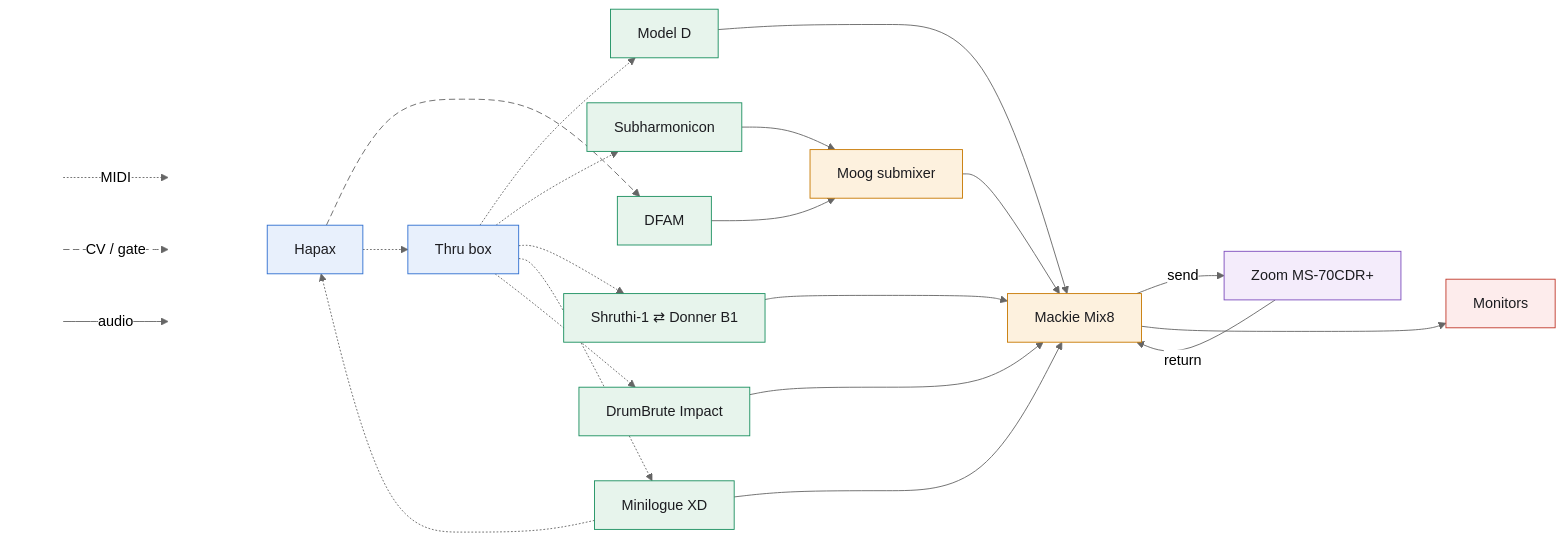
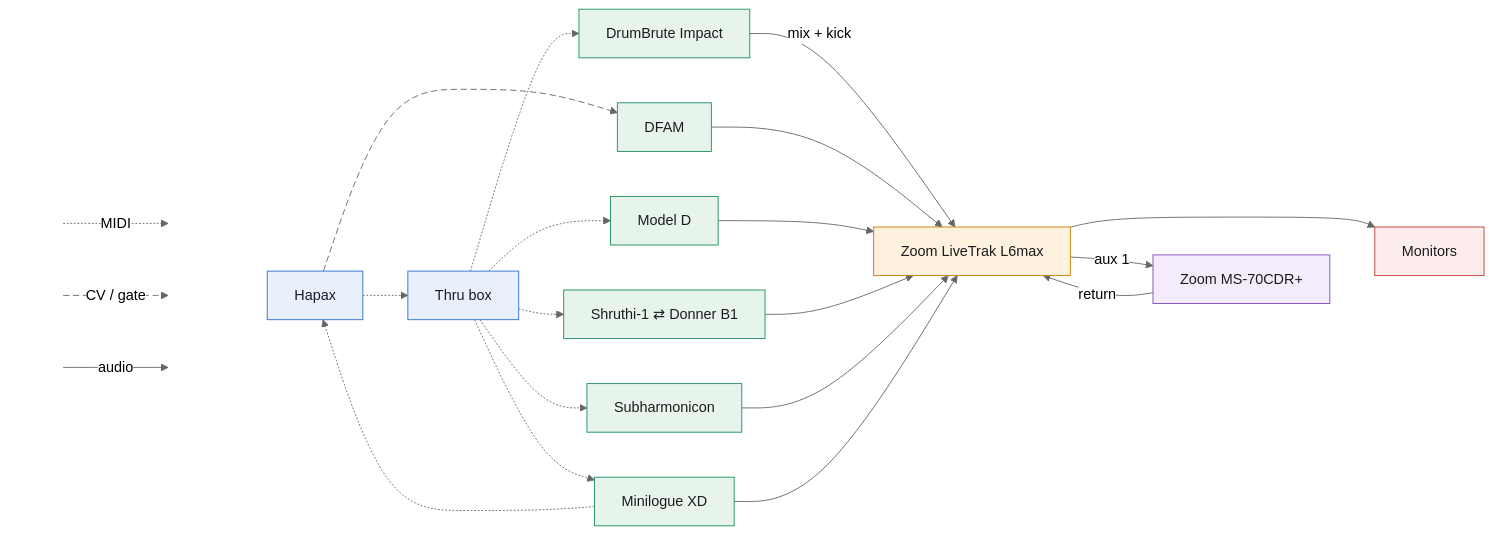
The diagram in README.md (saponace/synth-setup), drawn with Mermaid before and after one commit. The commit also changed other lines of this file and 5 other files, not shown here.

Commit message:
mackie mix8 -> zoom L6max

```diff
--- a/README.md
+++ b/README.md
@@ -25,15 +25,14 @@
 
     HAPAX["Hapax"]
     THRU["Thru box"]
+    DBI["DrumBrute Impact"]
+    DFAM["DFAM"]
     MODELD["Model D"]
+    SWAP["Shruthi-1 ⇄ Donner B1"]
     SUBH["Subharmonicon"]
-    DFAM["DFAM"]
-    SWAP["Shruthi-1 ⇄ Donner B1"]
     XD["Minilogue XD"]
-    DBI["DrumBrute Impact"]
-    ZOOM["Zoom MS-70CDR+"]
-    SUBMIX["Moog submixer"]
-    MIX["Mackie Mix8"]
+    L6["Zoom LiveTrak L6max"]
+    FX["Zoom MS-70CDR+"]
     MON["Monitors"]
 
     %% ----- CV / gate -----
@@ -41,44 +40,34 @@
 
     %% ----- MIDI -----
     HAPAX -.-> THRU
+    THRU -.-> DBI
     THRU -.-> MODELD
+    THRU -.-> SWAP
     THRU -.-> SUBH
-    THRU -.-> SWAP
     THRU -.-> XD
-    THRU -.-> DBI
     XD -.-> HAPAX
 
     %% ----- audio -----
-    MODELD --> MIX
-    SUBH --> SUBMIX
-    DFAM --> SUBMIX
-    SWAP --> MIX
-    XD --> MIX
-    DBI --> MIX
-    SUBMIX --> MIX
-    MIX -- "send" --> ZOOM
-    ZOOM -- "return" --> MIX
-    MIX --> MON
+    DBI -- "mix + kick" --> L6
+    DFAM --> L6
+    MODELD --> L6
+    SWAP --> L6
+    SUBH --> L6
+    XD --> L6
+    L6 -- "aux 1" --> FX
+    FX -- "return" --> L6
+    L6 --> MON
 
     %% ----- carry no signal, they only steer the layout -----
-    %% RAIL is an invisible stand-in for the submixer: it holds the voices
-    %% that bypass the submixer in one column with the rest, without the
-    %% submixer itself being dragged down to the middle of all six of them
-    RAIL[" "]:::pin
-    MODELD ~~~ RAIL
-    SWAP ~~~ RAIL
-    XD ~~~ RAIL
-    DBI ~~~ RAIL
-    RAIL ~~~ MIX
     %% DFAM among the voices instead of pushed to an end of the column,
-    %% monitors out of the Zoom's column
+    %% monitors out of the FX pedal's column
     THRU ~~~ DFAM
-    ZOOM ~~~ MON
+    FX ~~~ MON
 
     class HAPAX,THRU seq
-    class MODELD,SUBH,DFAM,SWAP,XD,DBI voice
-    class SUBMIX,MIX mix
-    class ZOOM fx
+    class DBI,DFAM,MODELD,SWAP,SUBH,XD voice
+    class L6 mix
+    class FX fx
     class MON mon
     class LA,LB,LC,LD,LE,LF pin
     class c1,k1 cv
```
